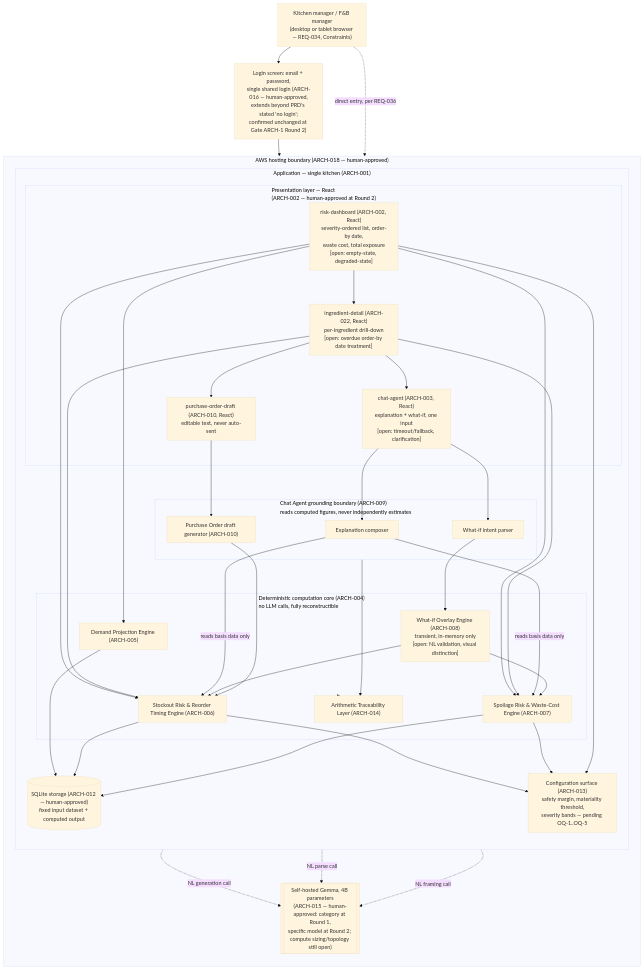
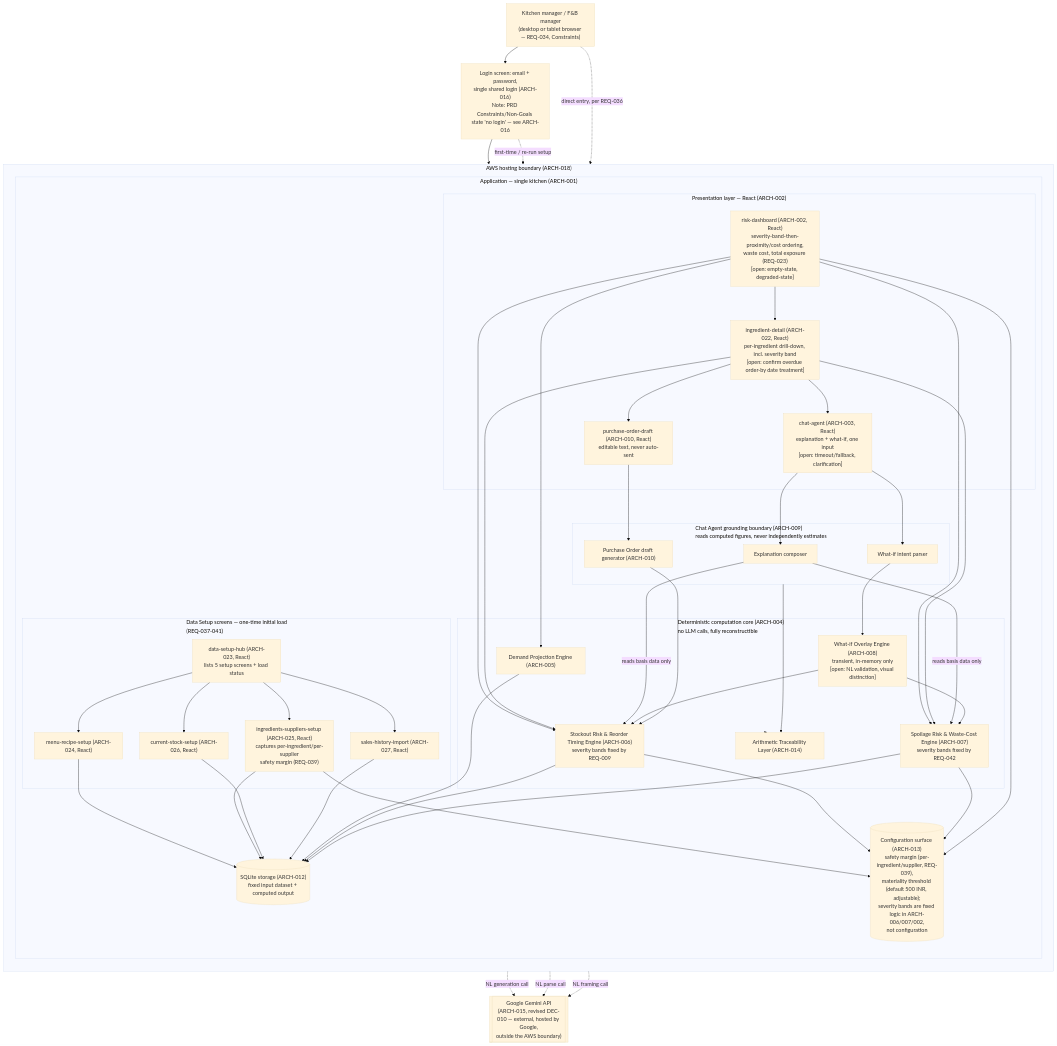
The diagram in artifacts/architecture/solution-architecture.md (sparc-team12/agentic-ingredient-demand-forecasting-assist-agents), drawn with Mermaid (base theme) before and after one commit. The commit also changed other lines of this file and 19 other files, not shown here.

````diff
--- a/artifacts/architecture/solution-architecture.md
+++ b/artifacts/architecture/solution-architecture.md
@@ -48,28 +25,36 @@
 ```mermaid
 flowchart TB
     User["Kitchen manager / F&B manager\n(desktop or tablet browser — REQ-034, Constraints)"]
-    Login["Login screen: email + password,\nsingle shared login (ARCH-016 — human-approved,\nextends beyond PRD's stated 'no login';\nconfirmed unchanged at Gate ARCH-1 Round 2)"]
+    Login["Login screen: email + password,\nsingle shared login (ARCH-016)\nNote: PRD Constraints/Non-Goals state 'no login' — see ARCH-016"]
 
-    subgraph AWS["AWS hosting boundary (ARCH-018 — human-approved)"]
+    subgraph AWS["AWS hosting boundary (ARCH-018)"]
         direction TB
 
         subgraph App["Application — single kitchen (ARCH-001)"]
             direction TB
-            %% React (ARCH-002, Round 2) implies the presentation layer talks to the
+            %% React (ARCH-002) implies the presentation layer talks to the
             %% core via a backend API boundary, not server-side rendering.
             %% The API layer itself (framework/language) is not decided here.
 
-            subgraph Presentation["Presentation layer — React\n(ARCH-002 — human-approved at Round 2)"]
-                Dashboard["risk-dashboard (ARCH-002, React)\nseverity-ordered list, order-by date,\nwaste cost, total exposure\n[open: empty-state, degraded-state]"]
-                IngredientDetail["ingredient-detail (ARCH-022, React)\nper-ingredient drill-down\n[open: overdue order-by date treatment]"]
+            subgraph Presentation["Presentation layer — React (ARCH-002)"]
+                Dashboard["risk-dashboard (ARCH-002, React)\nseverity-band-then-proximity/cost ordering,\nwaste cost, total exposure (REQ-023)\n[open: empty-state, degraded-state]"]
+                IngredientDetail["ingredient-detail (ARCH-022, React)\nper-ingredient drill-down, incl. severity band\n[open: confirm overdue order-by date treatment]"]
                 ChatUI["chat-agent (ARCH-003, React)\nexplanation + what-if, one input\n[open: timeout/fallback, clarification]"]
                 PODraftScreen["purchase-order-draft (ARCH-010, React)\neditable text, never auto-sent"]
             end
 
+            subgraph DataSetup["Data Setup screens — one-time initial load\n(REQ-037-041)"]
+                SetupHub["data-setup-hub (ARCH-023, React)\nlists 5 setup screens + load status"]
+                MenuRecipeSetup["menu-recipe-setup (ARCH-024, React)"]
+                IngSupSetup["ingredients-suppliers-setup (ARCH-025, React)\ncaptures per-ingredient/per-supplier\nsafety margin (REQ-039)"]
+                StockSetup["current-stock-setup (ARCH-026, React)"]
+                SalesImport["sales-history-import (ARCH-027, React)"]
+            end
+
             subgraph Core["Deterministic computation core (ARCH-004)\nno LLM calls, fully reconstructible"]
                 Projection["Demand Projection Engine (ARCH-005)"]
-                StockoutEngine["Stockout Risk & Reorder Timing Engine (ARCH-006)"]
-                SpoilageEngine["Spoilage Risk & Waste-Cost Engine (ARCH-007)"]
+                StockoutEngine["Stockout Risk & Reorder Timing Engine (ARCH-006)\nseverity bands fixed by REQ-009"]
+                SpoilageEngine["Spoilage Risk & Waste-Cost Engine (ARCH-007)\nseverity bands fixed by REQ-042"]
                 WhatIf["What-if Overlay Engine (ARCH-008)\ntransient, in-memory only\n[open: NL validation, visual distinction]"]
                 AuditTrail["Arithmetic Traceability Layer (ARCH-014)"]
             end
@@ -80,19 +65,30 @@
                 PODraft["Purchase Order draft generator (ARCH-010)"]
             end
 
-            ConfigStore["Configuration surface (ARCH-013)\nsafety margin, materiality threshold,\nseverity bands — pending OQ-1..OQ-5"]
-            DataStore[("SQLite storage (ARCH-012 — human-approved)\nfixed input dataset + computed output")]
+            ConfigStore[("Configuration surface (ARCH-013)\nsafety margin (per-ingredient/supplier, REQ-039),\nmateriality threshold (default 500 INR, adjustable);\nseverity bands are fixed logic in ARCH-006/007/002,\nnot configuration")]
+            DataStore[("SQLite storage (ARCH-012)\nfixed input dataset + computed output")]
         end
+    end
 
-        LLMProvider[["Self-hosted Gemma, 4B parameters\n(ARCH-015 — human-approved: category at Round 1,\nspecific model at Round 2; compute sizing/topology still open)"]]
-    end
+    LLMProvider[["Google Gemini API\n(ARCH-015, revised DEC-010 — external, hosted by Google,\noutside the AWS boundary)"]]
 
     User --> Login
     Login --> Dashboard
+    Login -.->|first-time / re-run setup| SetupHub
     Dashboard --> IngredientDetail
     IngredientDetail --> ChatUI
     IngredientDetail --> PODraftScreen
     User -.->|direct entry, per REQ-036| ChatUI
+
+    SetupHub --> MenuRecipeSetup
+    SetupHub --> IngSupSetup
+    SetupHub --> StockSetup
+    SetupHub --> SalesImport
+    MenuRecipeSetup --> DataStore
+    IngSupSetup --> DataStore
+    IngSupSetup --> ConfigStore
+    StockSetup --> DataStore
+    SalesImport --> DataStore
 
     Dashboard --> Projection
     Dashboard --> StockoutEngine
````
